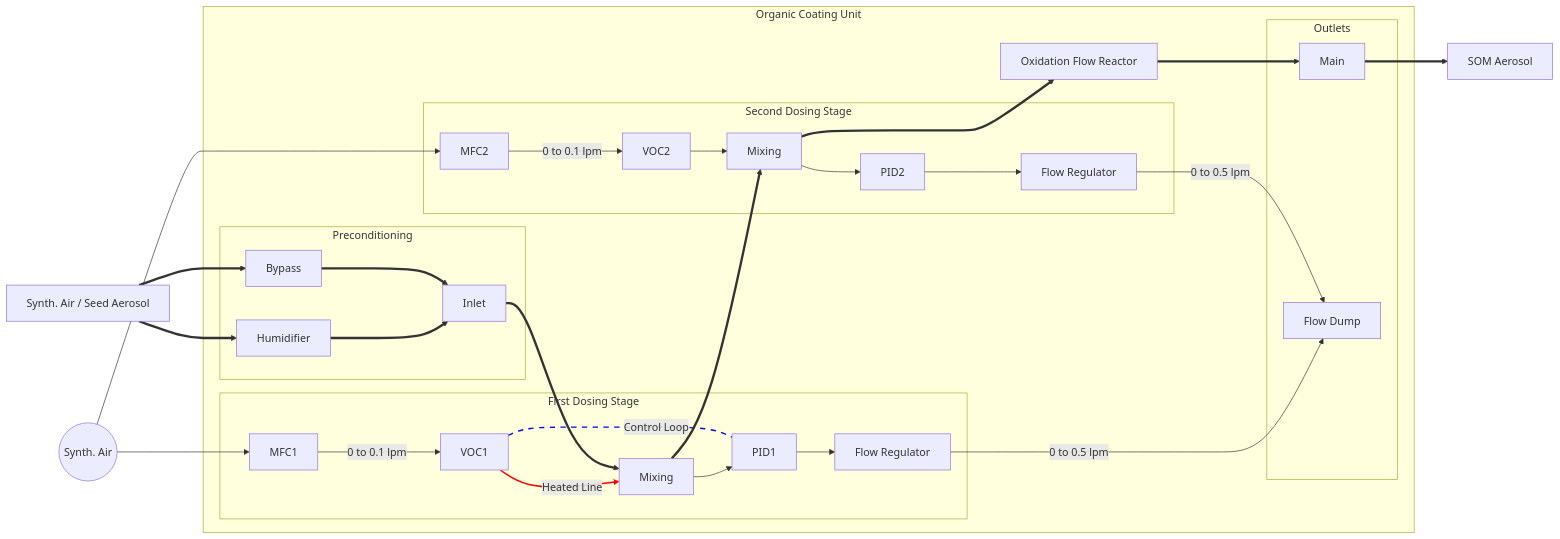
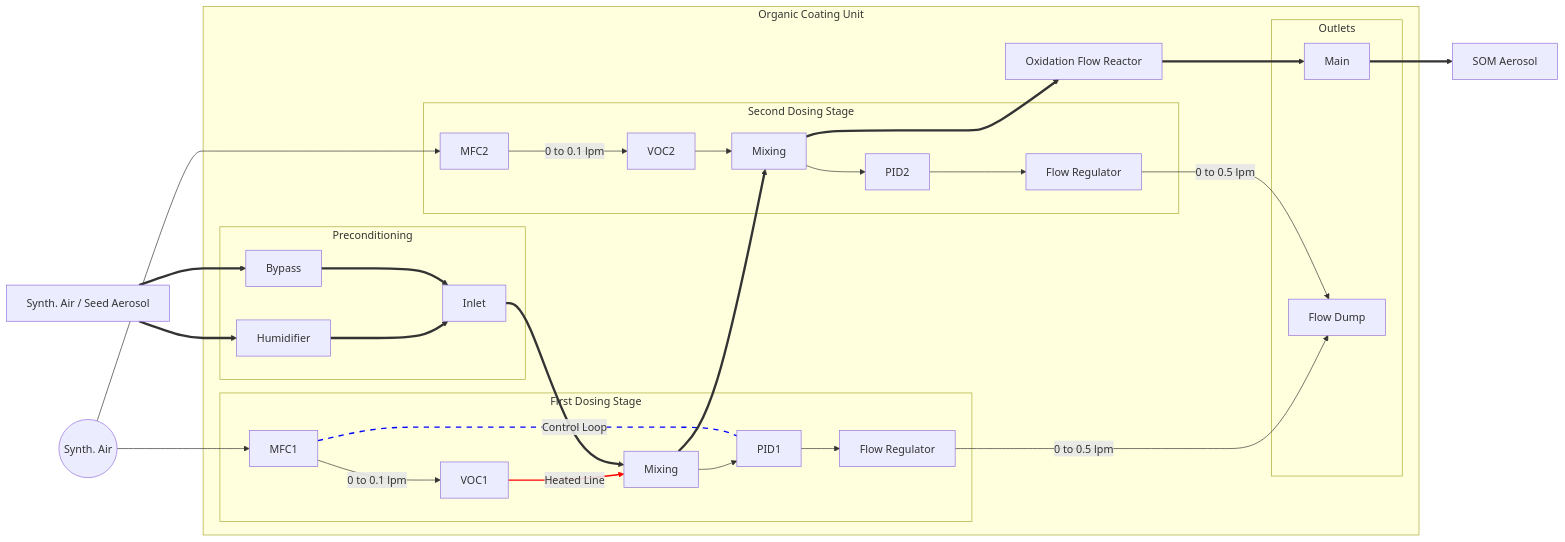
Before and after one commit to alejandrokeller/FATCAT-Scripts: the first of 13 diagrams in docu/quickstart/mermaid.md, drawn with Mermaid.

````diff
--- a/docu/quickstart/mermaid.md
+++ b/docu/quickstart/mermaid.md
@@ -3,44 +3,44 @@
 ```mermaid
 graph LR
    subgraph Organic Coating Unit
          subgraph Preconditioning
                   rH[Humidifier]
                   Bypass
                   Inlet
                   end
          subgraph Outlets
                   FO[Main]
                   PO[Flow Dump]
                   end
          subgraph First Dosing Stage
                   MFC1
                   Mixing --> PID1
                   VOC1 -->|Heated Line| Mixing
                   PID1 --> f1[Flow Regulator]
                   end
          subgraph Second Dosing Stage
                   MFC2
                   M2[Mixing] --> PID2
                   VOC2 --> M2
                   PID2 --> f2[Flow Regulator]
                   end
          rH ==> Inlet
          Bypass ==> Inlet
          Inlet ==> Mixing
          MFC1 --> |0 to 0.1 lpm| VOC1
-         VOC1 -.-|Control Loop| PID1
+         MFC1 -.-|Control Loop| PID1
          Mixing ==> M2
          MFC2 --> |0 to 0.1 lpm| VOC2
          f1 --> |0 to 0.5 lpm| PO
          f2 --> |0 to 0.5 lpm| PO
          M2 ==> OFR[Oxidation Flow Reactor]
          OFR ==> FO
    end
 D((Synth. Air)) --> MFC1
 D --> MFC2
 A[Synth. Air / Seed Aerosol] ==> rH 
 A ==> Bypass
 FO ==> E[SOM Aerosol]
 linkStyle 10 stroke:blue,stroke-width:2px,curve:natural,stroke-dasharray: 8 8;
 linkStyle 1 stroke:red,stroke-width:2px,curve:natural;
 ```
````
